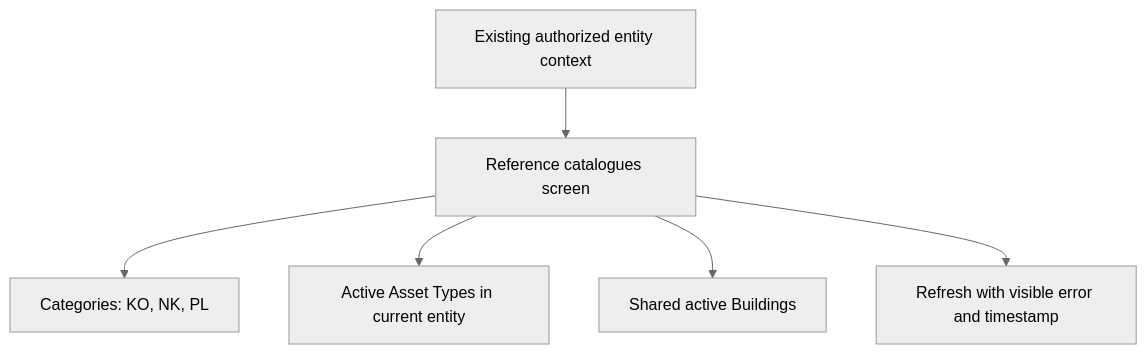
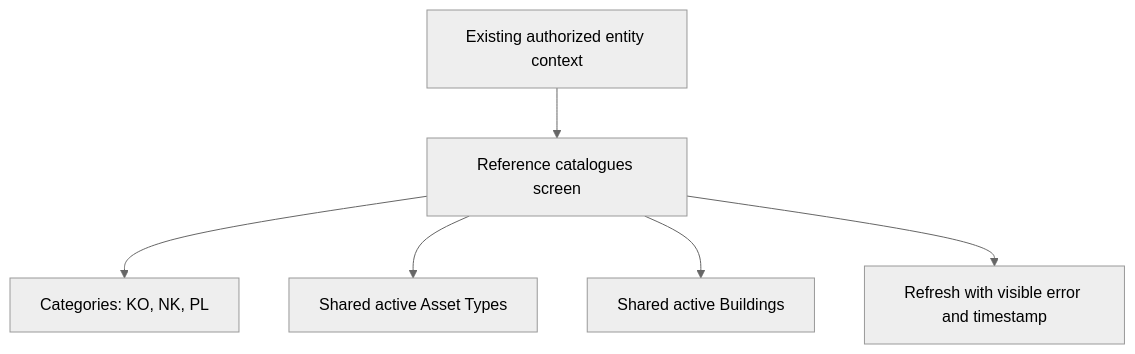
One commit to raflyhartantyo/lifecycle-asset-management-v2 changed the diagram in Power Apps/Lifecycle Asset Management V2/target-v2/reference-catalogues/README.md. Above: the diagram before and after it, drawn with Mermaid (neutral theme). The commit also changed other lines of this file and 25 other files, not shown here.

Commit message:
Review setup response 005 and adopt shared Asset Types with Global/Super maintenance (D074)

````diff
--- a/Power Apps/Lifecycle Asset Management V2/target-v2/reference-catalogues/README.md
+++ b/Power Apps/Lifecycle Asset Management V2/target-v2/reference-catalogues/README.md
@@ -17,8 +17,8 @@
 ```mermaid
 flowchart TD
     A[Existing authorized entity context] --> B[Reference catalogues screen]
     B --> C[Categories: KO, NK, PL]
-    B --> D[Active Asset Types in current entity]
+    B --> D[Shared active Asset Types]
     B --> E[Shared active Buildings]
     B --> F[Refresh with visible error and timestamp]
 ```
````
